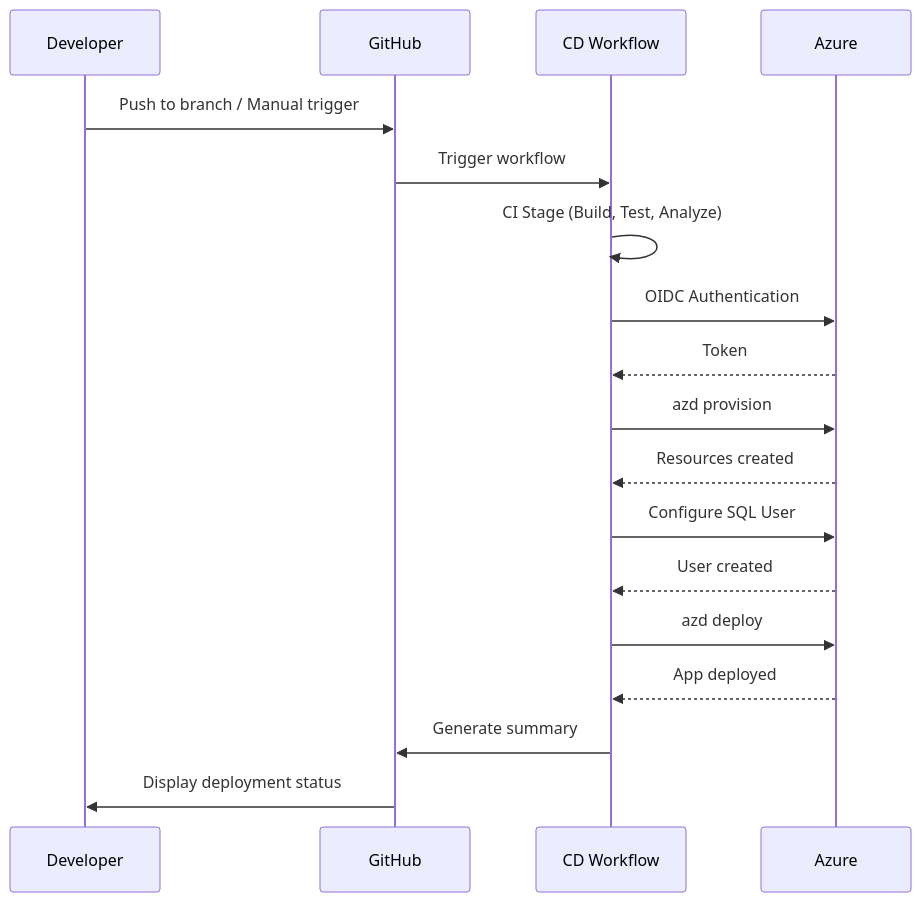
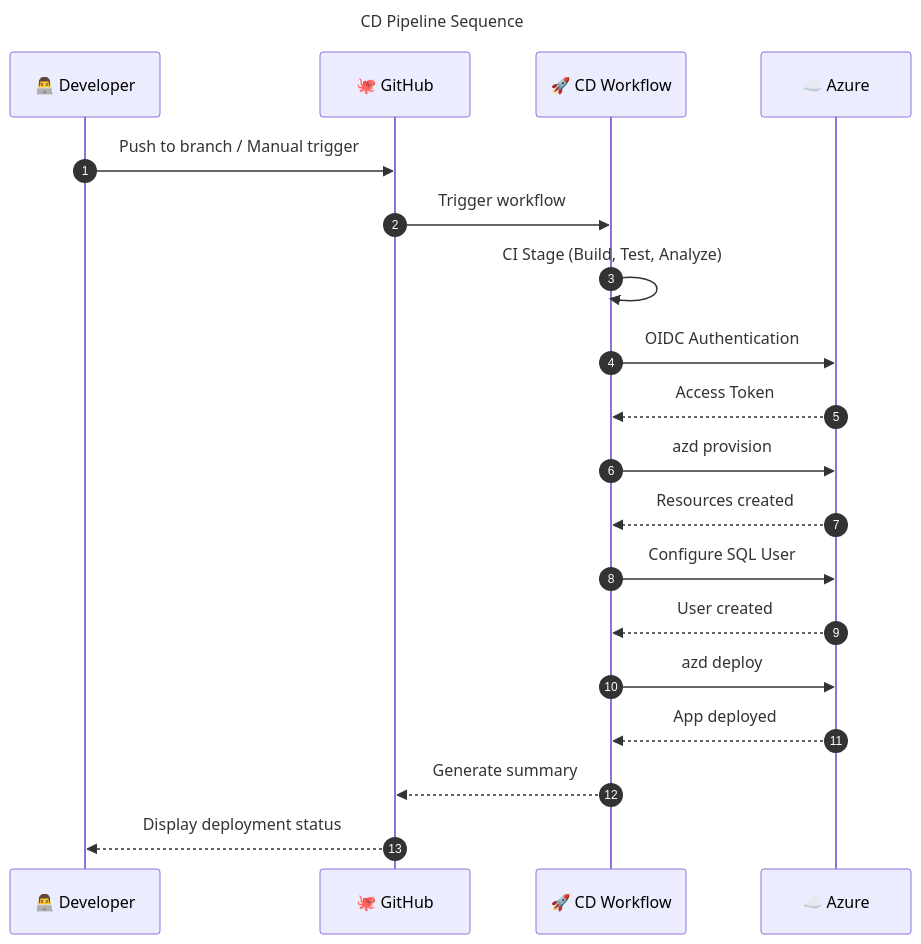
Before and after one commit to Evilazaro/Azure-LogicApps-Monitoring: the third of 3 diagrams in docs/devops/README.md, drawn with Mermaid. The commit also changed other lines of this file and 1 other file, not shown here.

Commit message:
refactor: Improve CI/CD pipeline diagrams with enhanced clarity and structure

````diff
--- a/docs/devops/README.md
+++ b/docs/devops/README.md
@@ -287,27 +315,38 @@
 ```mermaid
+---
+title: CD Pipeline Sequence
+---
 sequenceDiagram
-    participant Dev as Developer
-    participant GH as GitHub
-    participant CD as CD Workflow
-    participant Azure as Azure
+    autonumber
+    participant Dev as 👨‍💻 Developer
+    participant GH as 🐙 GitHub
+    participant CD as 🚀 CD Workflow
+    participant Azure as ☁️ Azure
 
+    %% ===== TRIGGER PHASE =====
     Dev->>GH: Push to branch / Manual trigger
     GH->>CD: Trigger workflow
 
+    %% ===== CI STAGE =====
     CD->>CD: CI Stage (Build, Test, Analyze)
 
+    %% ===== AUTHENTICATION =====
     CD->>Azure: OIDC Authentication
-    Azure-->>CD: Token
+    Azure-->>CD: Access Token
 
+    %% ===== PROVISIONING =====
     CD->>Azure: azd provision
     Azure-->>CD: Resources created
 
+    %% ===== SQL CONFIGURATION =====
     CD->>Azure: Configure SQL User
     Azure-->>CD: User created
 
+    %% ===== DEPLOYMENT =====
     CD->>Azure: azd deploy
     Azure-->>CD: App deployed
 
-    CD->>GH: Generate summary
-    GH->>Dev: Display deployment status
+    %% ===== SUMMARY =====
+    CD-->>GH: Generate summary
+    GH-->>Dev: Display deployment status
 ```
````
